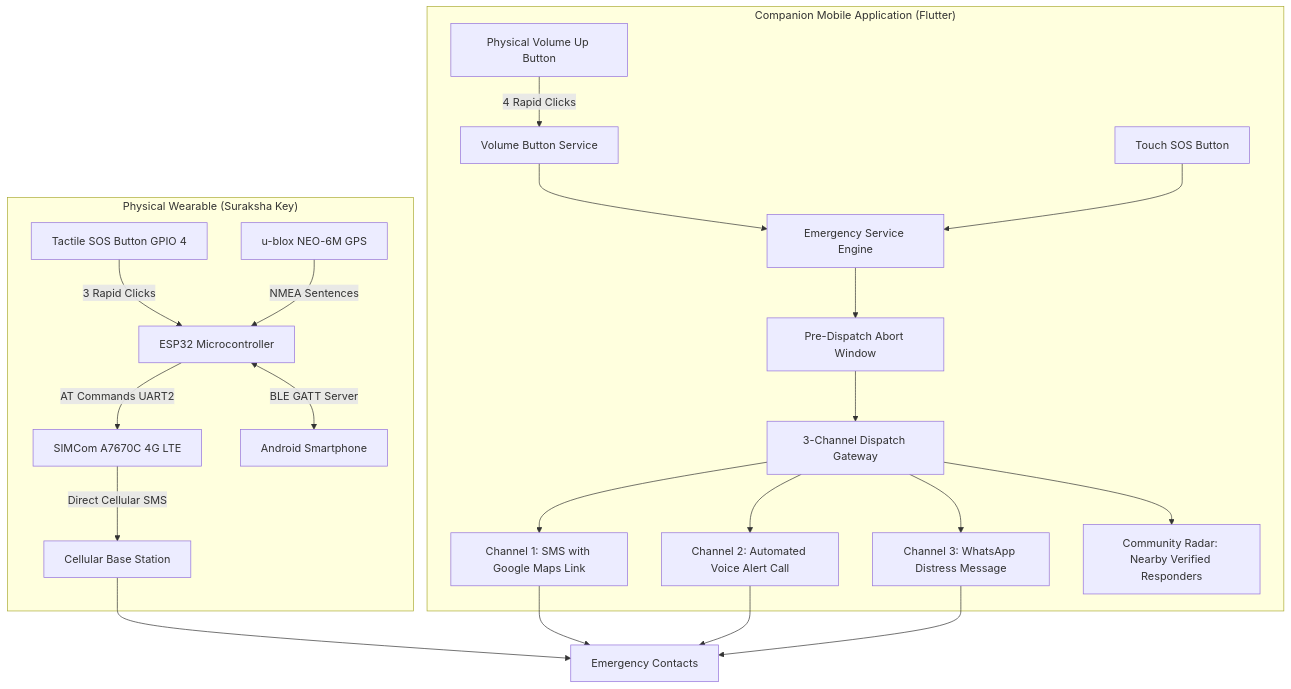
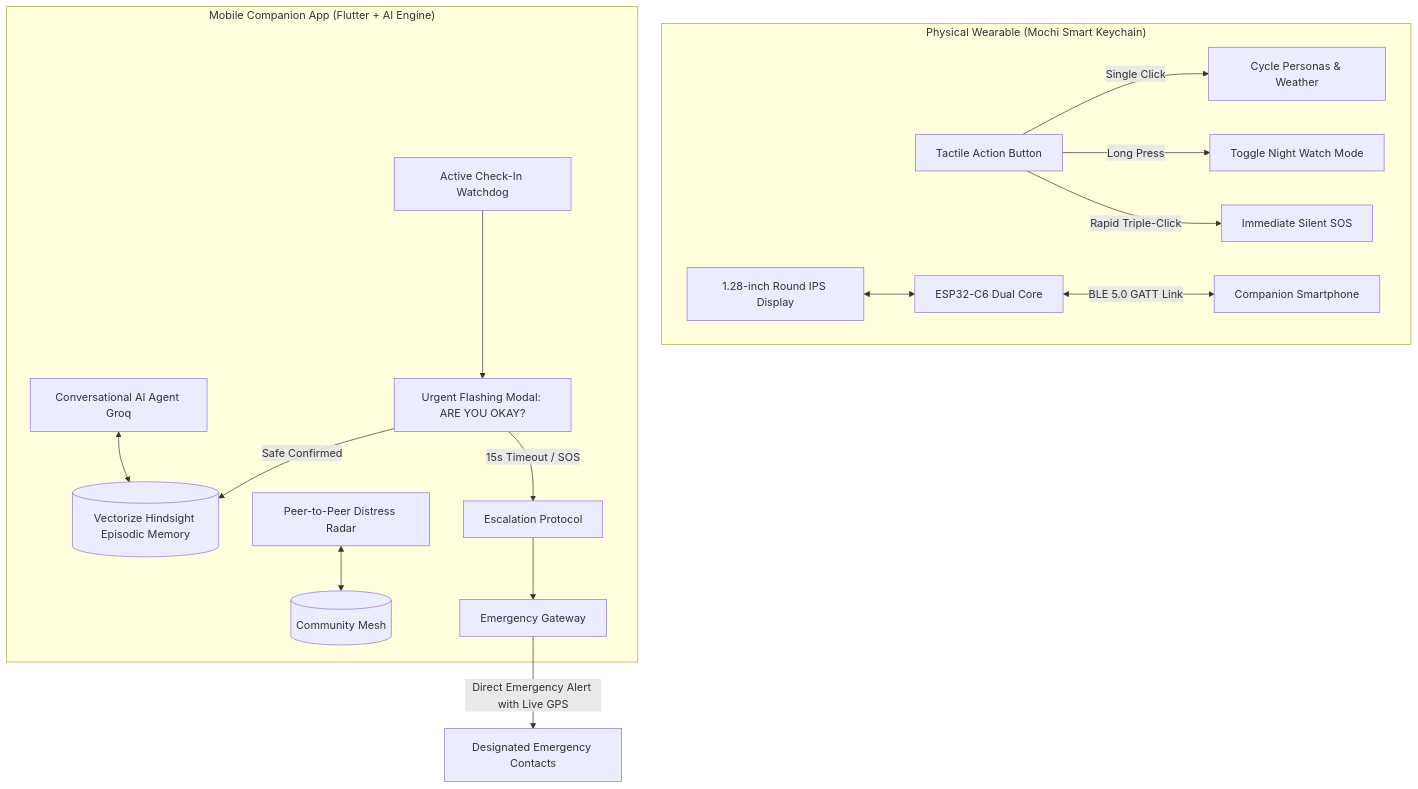
The diagram in README.md (addieio/Aprajita), drawn with Mermaid before and after one commit. The commit also changed other lines of this file and 25 other files, not shown here.

Commit message:
refactor: production architecture, Hindsight episodic memory, and clean firmware

````diff
--- a/README.md
+++ b/README.md
@@ -11,28 +13,22 @@
 ```mermaid
 graph TD
-    subgraph "Physical Wearable (Suraksha Key)"
-        BTN[Tactile SOS Button GPIO 4] -->|3 Rapid Clicks| ESP[ESP32 Microcontroller]
-        NEO[u-blox NEO-6M GPS] -->|NMEA Sentences| ESP
-        ESP -->|AT Commands UART2| A7670C[SIMCom A7670C 4G LTE]
-        A7670C -->|Direct Cellular SMS| TOWER[Cellular Base Station]
-        ESP <-->|BLE GATT Server| PHONE
+    subgraph "Physical Wearable (Mochi Smart Keychain)"
+        BTN[Tactile Action Button] -->|Single Click| MODE[Cycle Personas & Weather]
+        BTN -->|Long Press| NIGHT[Toggle Night Watch Mode]
+        BTN -->|Rapid Triple-Click| HARD_SOS[Immediate Silent SOS]
+        DISP[1.28-inch Round IPS Display] <--> ESP[ESP32-C6 Dual Core]
+        ESP <-->|BLE 5.0 GATT Link| PHONE
     end
 
-    subgraph "Companion Mobile Application (Flutter)"
-        PHONE[Android Smartphone]
-        VOL[Physical Volume Up Button] -->|4 Rapid Clicks| VOL_SVC[Volume Button Service]
-        VOL_SVC --> SOS_MGR[Emergency Service Engine]
-        UI_BTN[Touch SOS Button] --> SOS_MGR
-        SOS_MGR --> COUNTDOWN[Pre-Dispatch Abort Window]
-        COUNTDOWN --> DISPATCH[3-Channel Dispatch Gateway]
-        DISPATCH --> CH1[Channel 1: SMS with Google Maps Link]
-        DISPATCH --> CH2[Channel 2: Automated Voice Alert Call]
-        DISPATCH --> CH3[Channel 3: WhatsApp Distress Message]
-        DISPATCH --> COMMUNITY[Community Radar: Nearby Verified Responders]
+    subgraph "Mobile Companion App (Flutter + AI Engine)"
+        PHONE[Companion Smartphone]
+        AI[Conversational AI Agent Groq] <--> MEM[(Vectorize Hindsight Episodic Memory)]
+        WATCHDOG[Active Check-In Watchdog] --> FLASH[Urgent Flashing Modal: ARE YOU OKAY?]
+        FLASH -->|Safe Confirmed| MEM
+        FLASH -->|15s Timeout / SOS| ESCALATE[Escalation Protocol]
+        RADAR[Peer-to-Peer Distress Radar] <--> P2P[(Community Mesh)]
+        ESCALATE --> GATEWAY[Emergency Gateway]
     end
 
-    TOWER --> RECIPIENTS[Emergency Contacts]
-    CH1 --> RECIPIENTS
-    CH2 --> RECIPIENTS
-    CH3 --> RECIPIENTS
+    GATEWAY -->|Direct Emergency Alert with Live GPS| CONTACTS[Designated Emergency Contacts]
 ```
````
